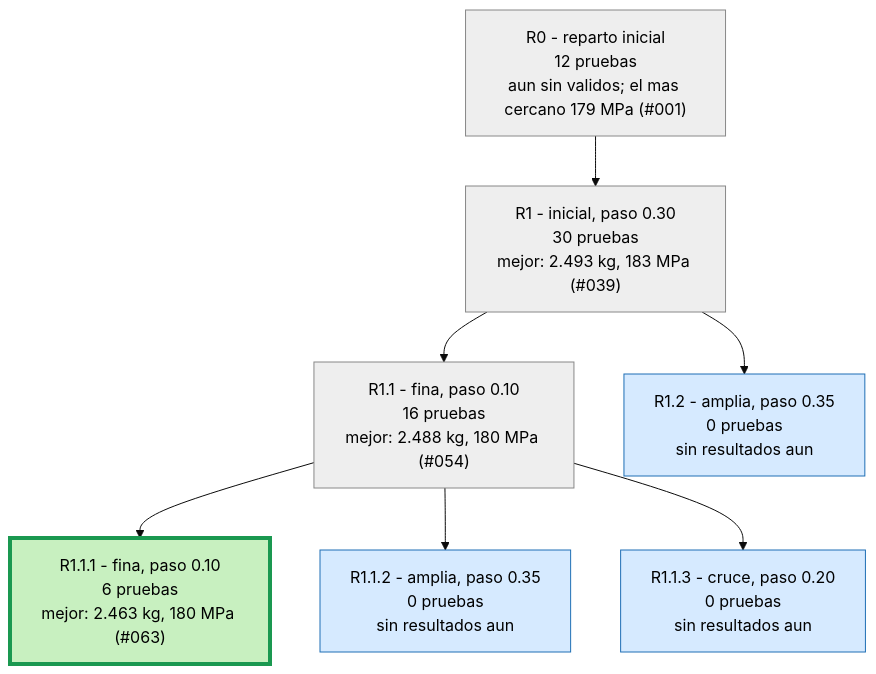
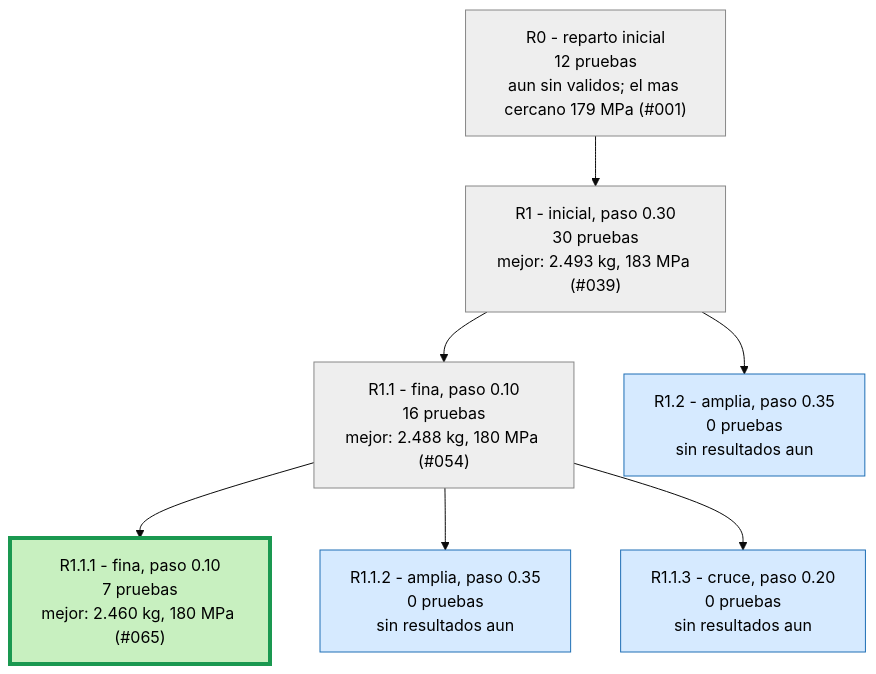
One commit to Hugiko/msd-soporte-optimizacion changed the second of 3 diagrams in runs/opt_37800N/ARBOL.md. Above: the diagram before and after it, drawn with Mermaid (base theme). The commit also changed 43 other files, not shown here.

Commit message:
NUEVO MEJOR DISENO: 2.460 kg, 180 MPa (Refuerzo + vaciado 065)

````diff
--- a/runs/opt_37800N/ARBOL.md
+++ b/runs/opt_37800N/ARBOL.md
@@ -21,19 +21,19 @@
 ```mermaid
 graph TD
 classDef activa fill:#d6eaff,stroke:#1f6fb5,color:#000
 classDef fin fill:#eeeeee,stroke:#888,color:#000
 classDef mejor fill:#c8f0c0,stroke:#1a9850,stroke-width:4px,color:#000
 R0["R0 - reparto inicial<br/>12 pruebas<br/>aun sin validos; el mas cercano 179 MPa (#001)"]:::fin
 R1["R1 - inicial, paso 0.30<br/>30 pruebas<br/>mejor: 2.493 kg, 183 MPa (#039)"]:::fin
 R0 --> R1
 R1_1["R1.1 - fina, paso 0.10<br/>16 pruebas<br/>mejor: 2.488 kg, 180 MPa (#054)"]:::fin
 R1 --> R1_1
 R1_2["R1.2 - amplia, paso 0.35<br/>0 pruebas<br/>sin resultados aun"]:::activa
 R1 --> R1_2
-R1_1_1["R1.1.1 - fina, paso 0.10<br/>6 pruebas<br/>mejor: 2.463 kg, 180 MPa (#063)"]:::mejor
+R1_1_1["R1.1.1 - fina, paso 0.10<br/>7 pruebas<br/>mejor: 2.460 kg, 180 MPa (#065)"]:::mejor
 R1_1 --> R1_1_1
 R1_1_2["R1.1.2 - amplia, paso 0.35<br/>0 pruebas<br/>sin resultados aun"]:::activa
 R1_1 --> R1_1_2
 R1_1_3["R1.1.3 - cruce, paso 0.20<br/>0 pruebas<br/>sin resultados aun"]:::activa
 R1_1 --> R1_1_3
 ```
````
